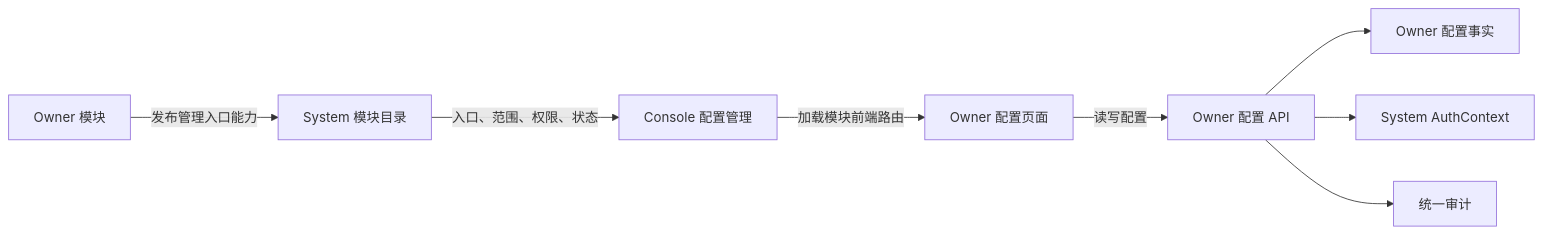
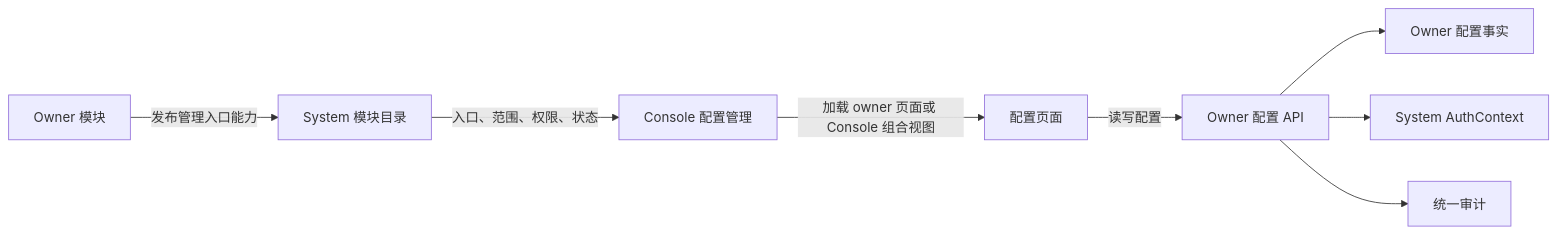
One commit to pampa0629/addp changed the diagram in docs/spec/addp配置介绍.md. Above: the diagram before and after it, drawn with Mermaid. The commit also changed other lines of this file and 293 other files, not shown here.

````diff
--- a/docs/spec/addp配置介绍.md
+++ b/docs/spec/addp配置介绍.md
@@ -70,10 +70,10 @@
 ```mermaid
 flowchart LR
     Owner["Owner 模块"] -->|"发布管理入口能力"| Registry["System 模块目录"]
     Registry -->|"入口、范围、权限、状态"| Console["Console 配置管理"]
-    Console -->|"加载模块前端路由"| OwnerUI["Owner 配置页面"]
+    Console -->|"加载 owner 页面或 Console 组合视图"| OwnerUI["配置页面"]
     OwnerUI -->|"读写配置"| OwnerAPI["Owner 配置 API"]
     OwnerAPI --> OwnerStore["Owner 配置事实"]
     OwnerAPI --> Auth["System AuthContext"]
     OwnerAPI --> Audit["统一审计"]
 ```
````
